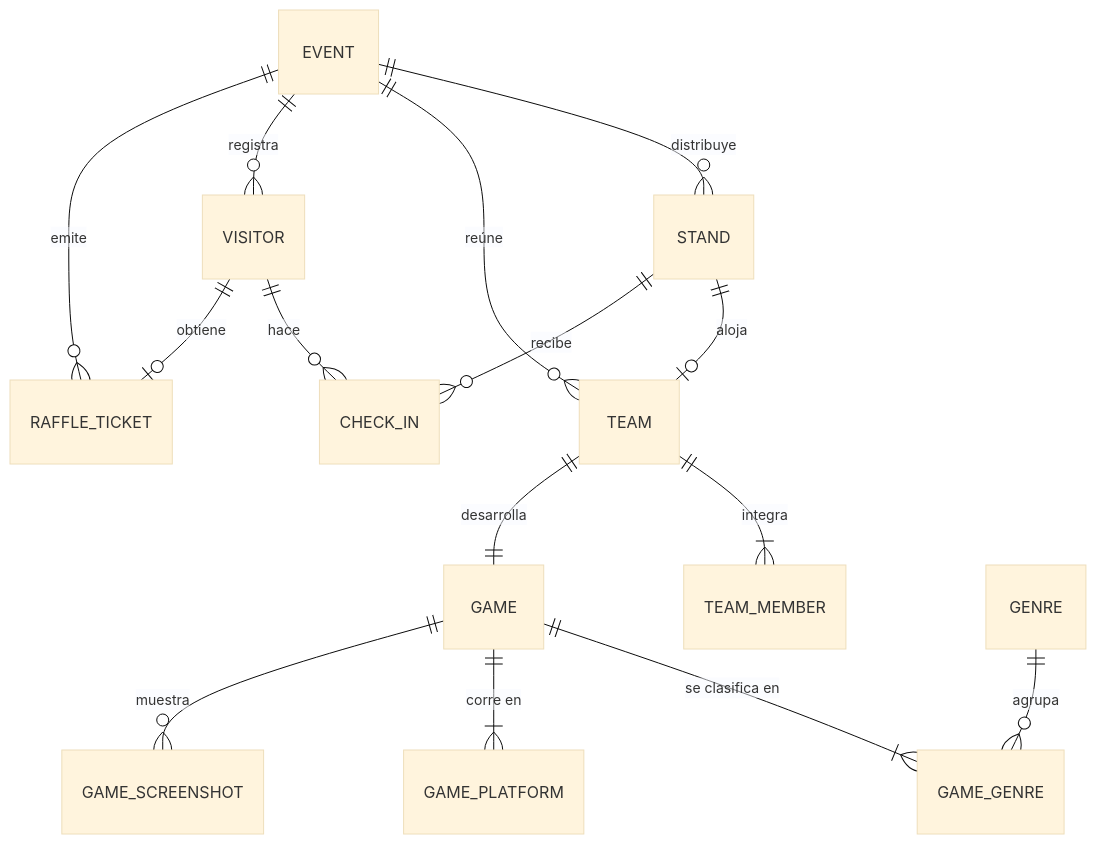
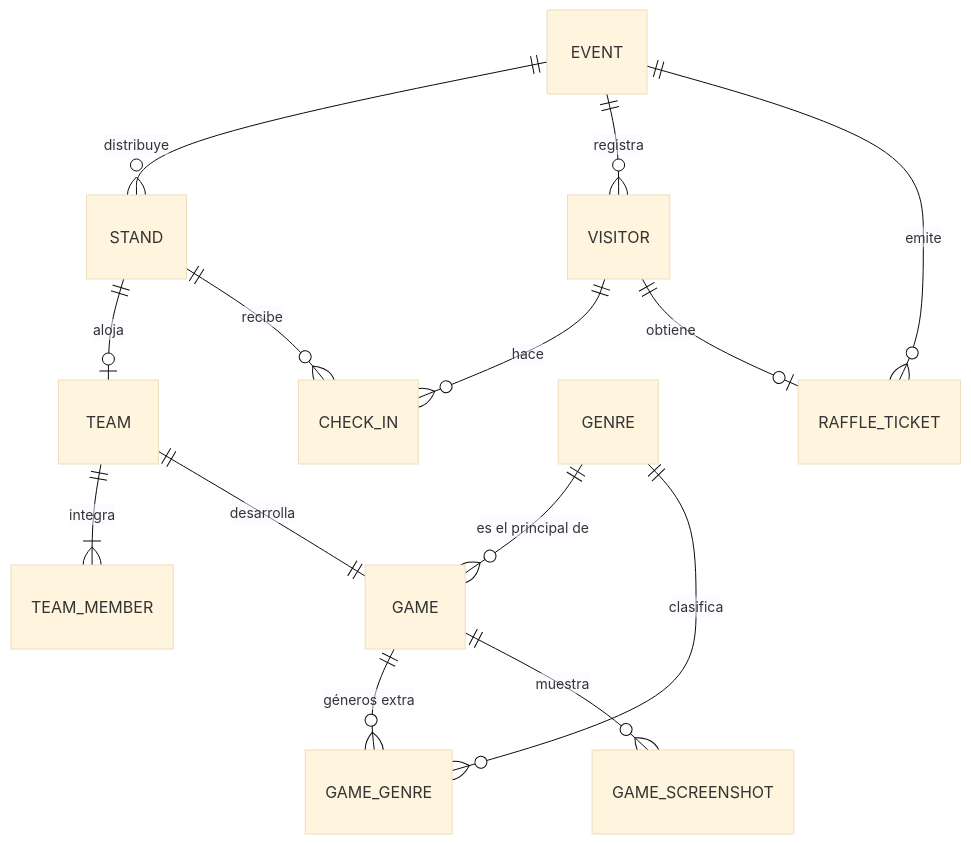
The first of 3 diagrams in docs/data-model.md (ikabeee/ut-e3), drawn with Mermaid (base theme) before and after one commit. The commit also changed other lines of this file, not shown here.

````diff
--- a/docs/data-model.md
+++ b/docs/data-model.md
@@ -33,17 +33,16 @@
 ```mermaid
 erDiagram
     EVENT ||--o{ STAND : "distribuye"
-    EVENT ||--o{ TEAM : "reúne"
     EVENT ||--o{ VISITOR : "registra"
     EVENT ||--o{ RAFFLE_TICKET : "emite"
     STAND ||--o| TEAM : "aloja"
     TEAM ||--|{ TEAM_MEMBER : "integra"
     TEAM ||--|| GAME : "desarrolla"
-    GAME ||--|{ GAME_GENRE : "se clasifica en"
-    GENRE ||--o{ GAME_GENRE : "agrupa"
-    GAME ||--|{ GAME_PLATFORM : "corre en"
+    GENRE ||--o{ GAME : "es el principal de"
+    GAME ||--o{ GAME_GENRE : "géneros extra"
+    GENRE ||--o{ GAME_GENRE : "clasifica"
     GAME ||--o{ GAME_SCREENSHOT : "muestra"
     VISITOR ||--o{ CHECK_IN : "hace"
     STAND ||--o{ CHECK_IN : "recibe"
     VISITOR ||--o| RAFFLE_TICKET : "obtiene"
 ```
````
